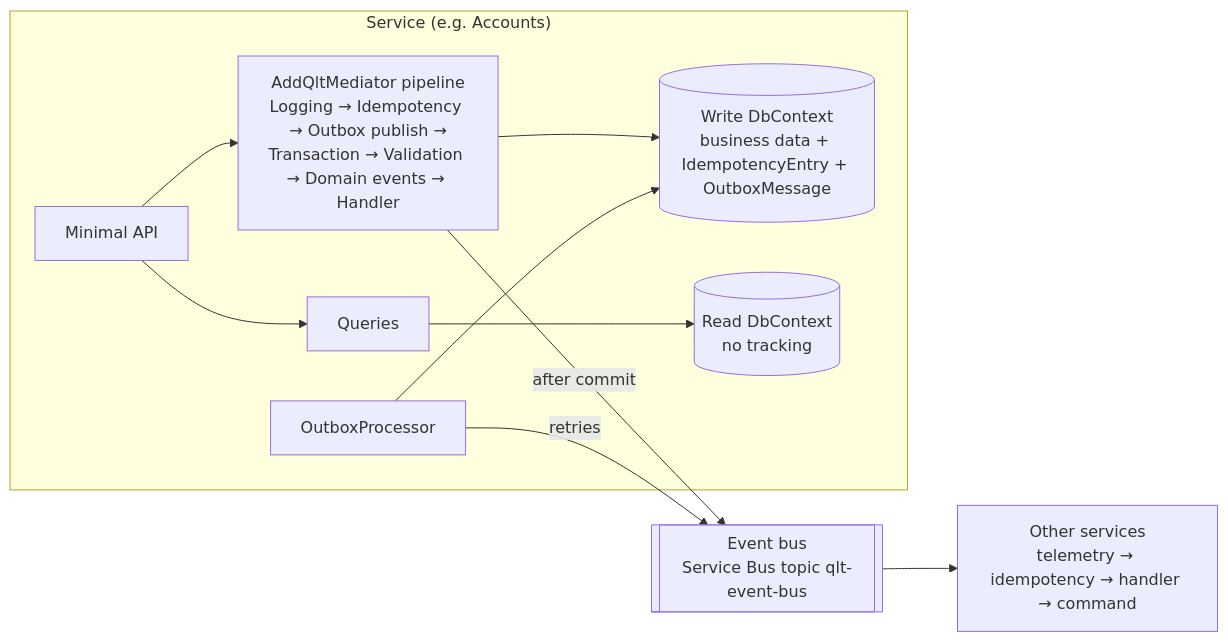
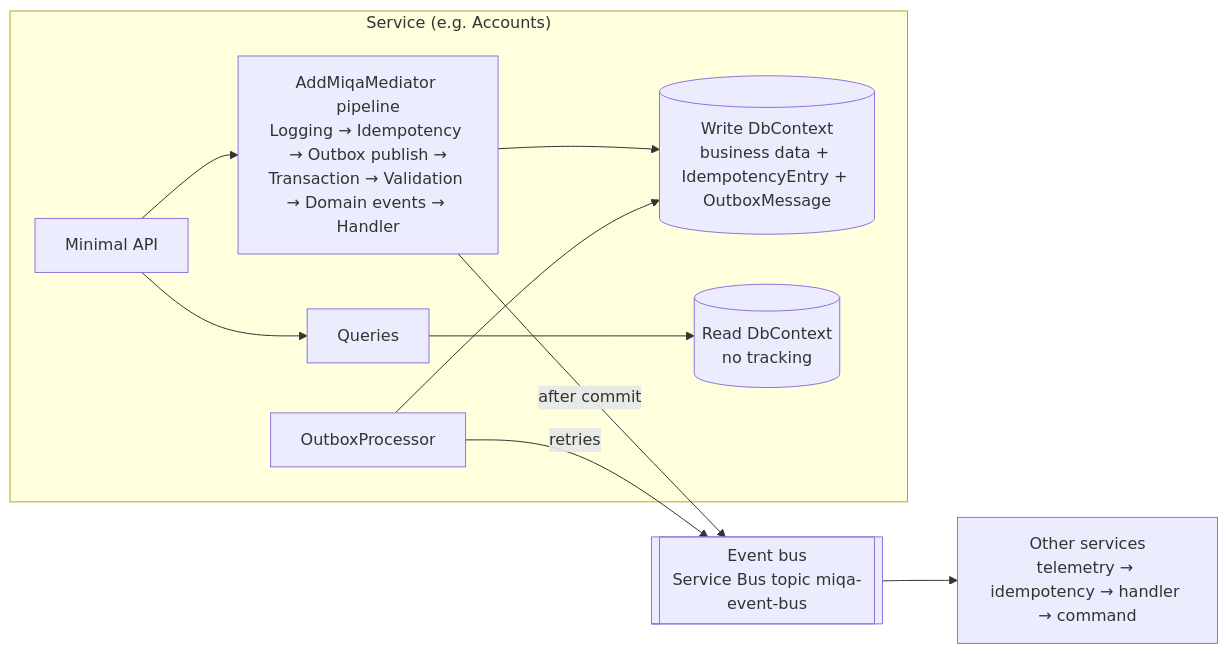
Before and after one commit to miquelalcaraz/Labs.ServicePlatform: the diagram in docs/architecture/README.md, drawn with Mermaid. The commit also changed other lines of this file and 1114 other files, not shown here.

Commit message:
refactor: rename namespaces from Qlt to Miqa

````diff
--- a/docs/architecture/README.md
+++ b/docs/architecture/README.md
@@ -11,12 +11,12 @@
 ```mermaid
 flowchart LR
     subgraph SVC["Service (e.g. Accounts)"]
-        API["Minimal API"] --> PIPE["AddQltMediator pipeline<br/>Logging → Idempotency → Outbox publish →<br/>Transaction → Validation → Domain events → Handler"]
+        API["Minimal API"] --> PIPE["AddMiqaMediator pipeline<br/>Logging → Idempotency → Outbox publish →<br/>Transaction → Validation → Domain events → Handler"]
         PIPE --> WDB[("Write DbContext<br/>business data + IdempotencyEntry + OutboxMessage")]
         API --> QRY["Queries"] --> RDB[("Read DbContext<br/>no tracking")]
         OP["OutboxProcessor"] --> WDB
     end
-    PIPE -- "after commit" --> BUS[["Event bus<br/>Service Bus topic qlt-event-bus"]]
+    PIPE -- "after commit" --> BUS[["Event bus<br/>Service Bus topic miqa-event-bus"]]
     OP -- "retries" --> BUS
     BUS --> CONS["Other services<br/>telemetry → idempotency → handler → command"]
 ```
````
